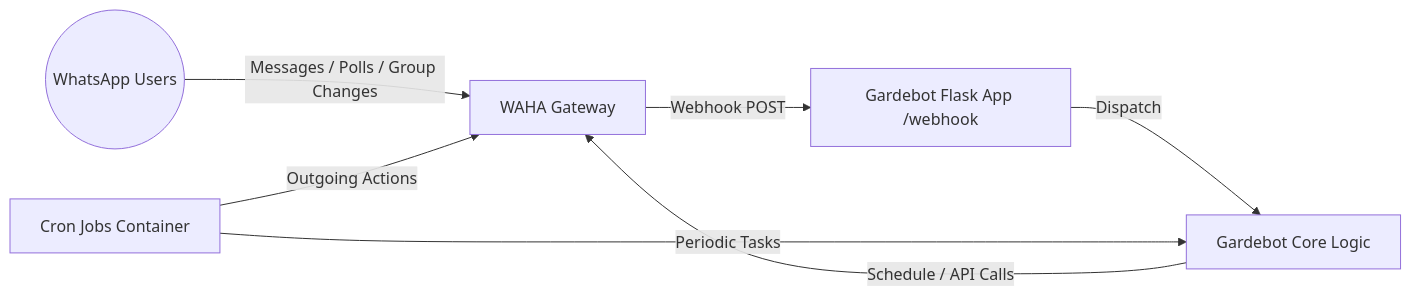
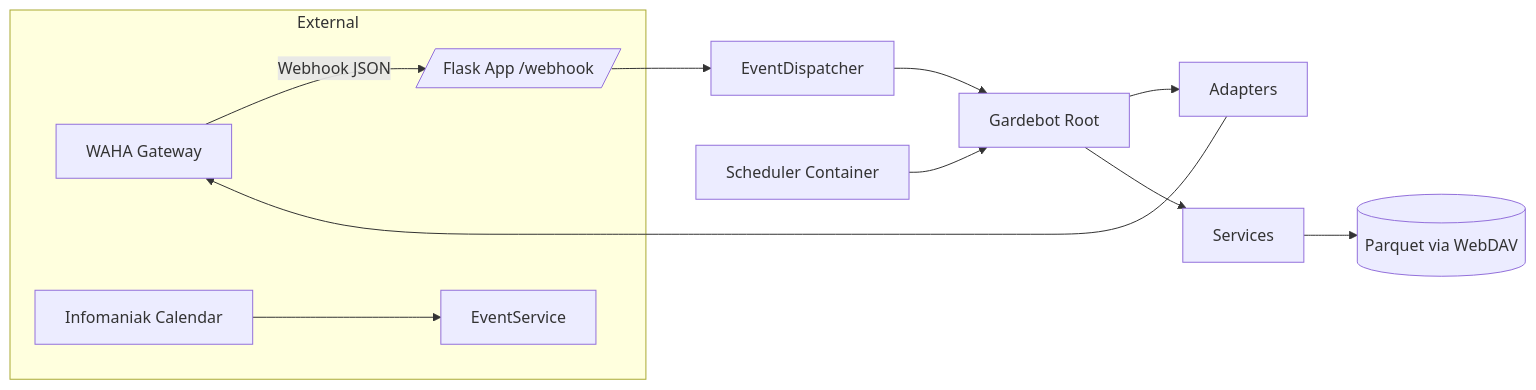
One commit to Gardebot/Gardebot changed the first of 3 diagrams in README.md. Above: the diagram before and after it, drawn with Mermaid. The commit also changed other lines of this file and 20 other files, not shown here.

````diff
--- a/README.md
+++ b/README.md
@@ -101,9 +20,14 @@
 ```mermaid
 flowchart LR
-    User((WhatsApp Users)) -->|Messages / Polls / Group Changes| WAHA[WAHA Gateway]
-    WAHA -->|Webhook POST| Flask[Gardebot Flask App /webhook]
-    Flask -->|Dispatch| Core[Gardebot Core Logic]
-    Core -->|Schedule / API Calls| WAHA
-    Cron[Cron Jobs Container] -->|Periodic Tasks| Core
-    Cron -->|Outgoing Actions| WAHA
+    subgraph External
+      WAHA[WAHA Gateway] -->|Webhook JSON| Flask[/Flask App /webhook/]
+      Cal[Infomaniak Calendar] --> EventService
+    end
+    Flask --> Dispatcher[EventDispatcher]
+    Dispatcher --> Core[Gardebot Root]
+    Core --> Adapters
+    Adapters --> WAHA
+    Core --> Services
+    Services --> Repositories[(Parquet via WebDAV)]
+    Cron[Scheduler Container] --> Core
 ```
````
